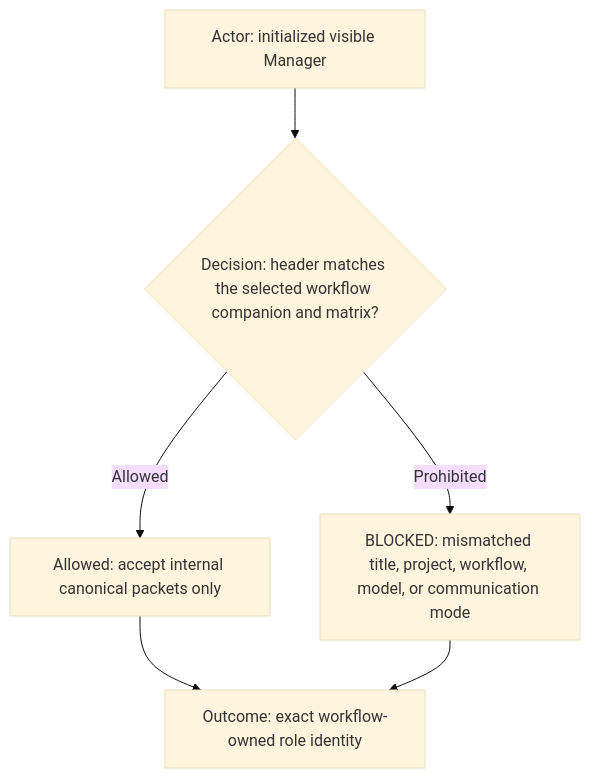
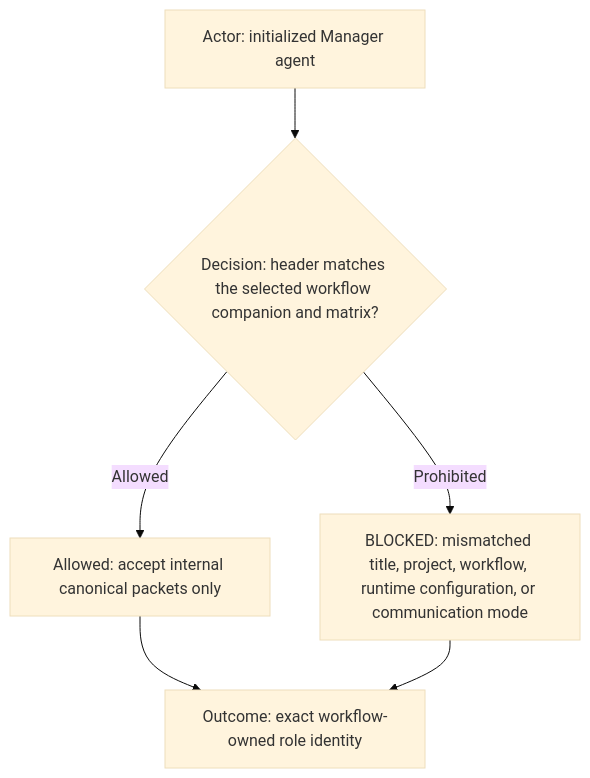
Before and after one commit to starodubtsevconsulting/ai-fleas: the first of 24 diagrams in ai-workflows/_common/roles/manager.md, drawn with Mermaid (base theme). The commit also changed other lines of this file and 15 other files, not shown here.

````diff
--- a/ai-workflows/_common/roles/manager.md
+++ b/ai-workflows/_common/roles/manager.md
@@ -12,8 +12,8 @@
 ```mermaid
 flowchart TD
-  Actor["Actor: initialized visible Manager"] --> Decision{"Decision: header matches the selected workflow companion and matrix?"}
+  Actor["Actor: initialized Manager agent"] --> Decision{"Decision: header matches the selected workflow companion and matrix?"}
   Decision -->|Allowed| Route["Allowed: accept internal canonical packets only"]
-  Decision -->|Prohibited| Blocked["BLOCKED: mismatched title, project, workflow, model, or communication mode"]
+  Decision -->|Prohibited| Blocked["BLOCKED: mismatched title, project, workflow, runtime configuration, or communication mode"]
   Route --> Outcome["Outcome: exact workflow-owned role identity"]
   Blocked --> Outcome
 ```
````
